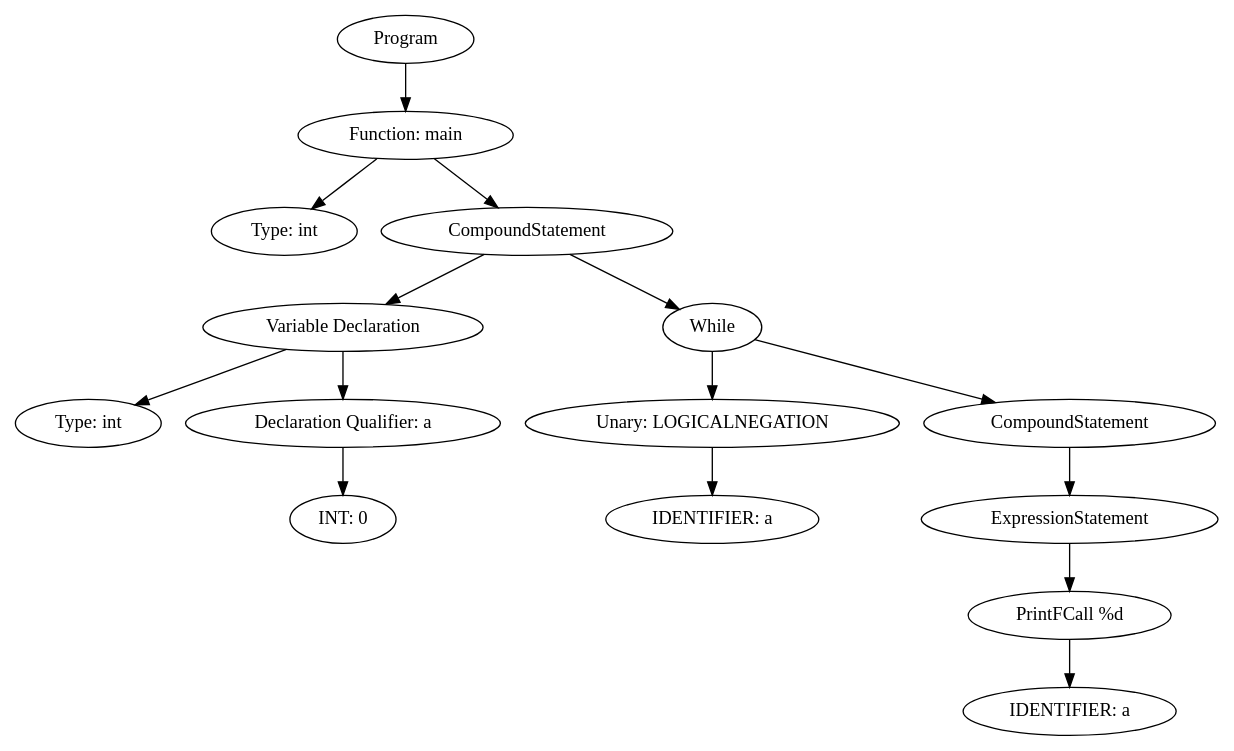
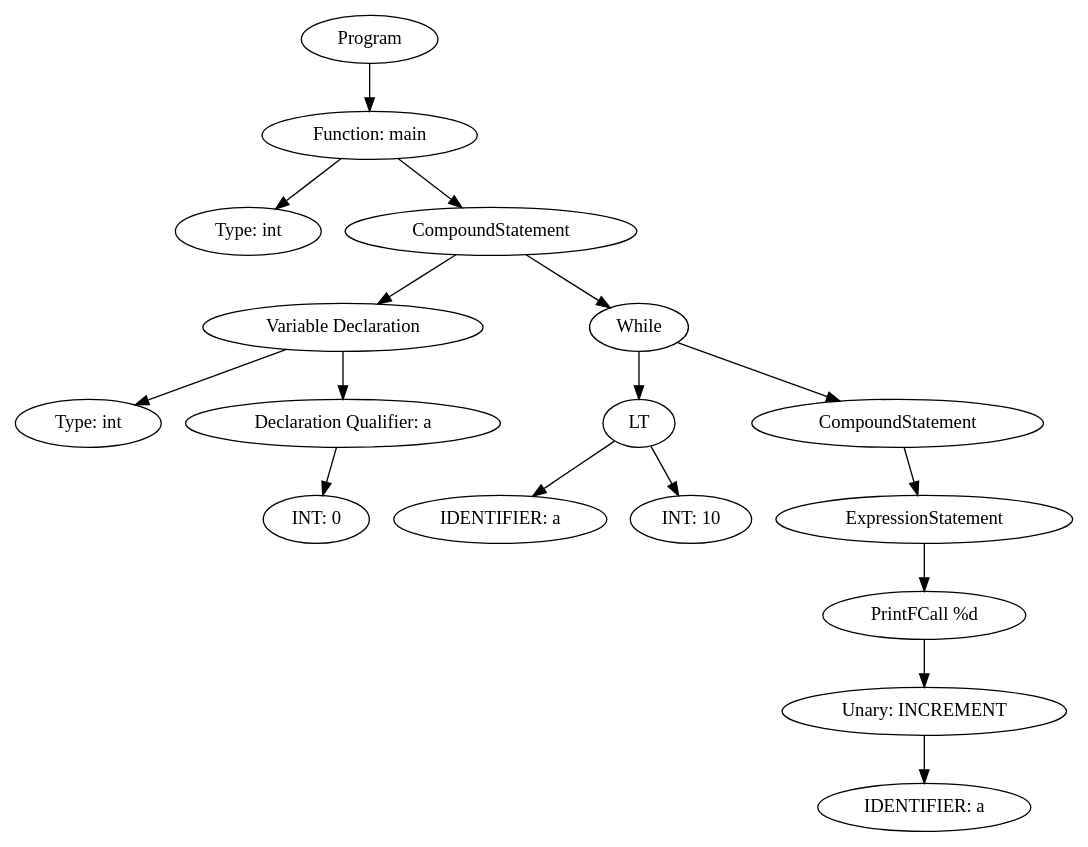
The diagram in output/afor_AST.dot (ArneDePeuter/UA-2024-Compiler), drawn with Graphviz before and after one commit. The commit also changed 7 other files, not shown here.

```diff
--- a/output/afor_AST.dot
+++ b/output/afor_AST.dot
@@ -1,31 +1,35 @@
 digraph ExpressionGraph {
-4405330512 [label="Program"];
-4405330512 -> 4405330384;
-4405330384 [label="Function: main"];
-4405330384 -> 4405138704;
-4405138704 [label="Type: int "];
-4405330384 -> 4404202320;
-4404202320 [label="CompoundStatement"];
-4404202320 -> 4405331216;
-4405331216 [label="Variable Declaration"];
-4405331216 -> 4405230928;
-4405230928 [label="Type: int "];
-4405331216 -> 4405231568;
-4405231568 [label="Declaration Qualifier: a"];
-4405231568 -> 4405231504;
-4405231504 [label="INT: 0"];
-4404202320 -> 4405138256;
-4405138256 [label="While"];
-4405138256 -> 4405330960;
-4405330960 [label="Unary: LOGICALNEGATION"];
-4405330960 -> 4405330896;
-4405330896 [label="IDENTIFIER: a"];
-4405138256 -> 4405139024;
-4405139024 [label="CompoundStatement"];
-4405139024 -> 4405330128;
-4405330128 [label="ExpressionStatement"];
-4405330128 -> 4405330256;
-4405330256 [label="PrintFCall %d"];
-4405330256 -> 4405330768;
-4405330768 [label="IDENTIFIER: a"];
+4478453520 [label="Program"];
+4478453520 -> 4478453776;
+4478453776 [label="Function: main"];
+4478453776 -> 4471278416;
+4471278416 [label="Type: int "];
+4478453776 -> 4478211216;
+4478211216 [label="CompoundStatement"];
+4478211216 -> 4478454480;
+4478454480 [label="Variable Declaration"];
+4478454480 -> 4478453136;
+4478453136 [label="Type: int "];
+4478454480 -> 4478454800;
+4478454800 [label="Declaration Qualifier: a"];
+4478454800 -> 4478453072;
+4478453072 [label="INT: 0"];
+4478211216 -> 4478210768;
+4478210768 [label="While"];
+4478210768 -> 4478454288;
+4478454288 [label="LT"];
+4478454288 -> 4478454352;
+4478454288 -> 4478454416;
+4478454352 [label="IDENTIFIER: a"];
+4478454416 [label="INT: 10"];
+4478210768 -> 4478211536;
+4478211536 [label="CompoundStatement"];
+4478211536 -> 4478453904;
+4478453904 [label="ExpressionStatement"];
+4478453904 -> 4478453712;
+4478453712 [label="PrintFCall %d"];
+4478453712 -> 4478453648;
+4478453648 [label="Unary: INCREMENT"];
+4478453648 -> 4478454160;
+4478454160 [label="IDENTIFIER: a"];
 }
```
